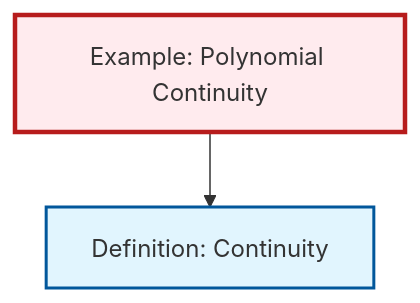
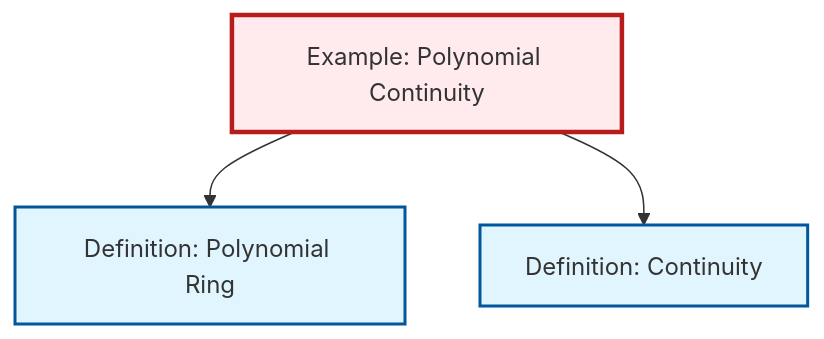
The diagram in content/en/analysis/ex-polynomial-continuity.qmd (RK0429/ModernMath), drawn with Mermaid before and after one commit. The commit also changed other lines of this file and 434 other files, not shown here.

First line of the commit message:
feat: Add polynomial ring definition with comprehensive cross-references

````diff
--- a/content/en/analysis/ex-polynomial-continuity.qmd
+++ b/content/en/analysis/ex-polynomial-continuity.qmd
@@ -56,14 +57,17 @@
 ```{mermaid}
 %%| fig-cap: "Local dependency graph"
 graph TD
     classDef definition fill:#e1f5fe,stroke:#01579b,stroke-width:2px
     classDef theorem fill:#f3e5f5,stroke:#4a148c,stroke-width:2px
     classDef axiom fill:#fff3e0,stroke:#e65100,stroke-width:2px
     classDef example fill:#e8f5e9,stroke:#1b5e20,stroke-width:2px
     classDef current fill:#ffebee,stroke:#b71c1c,stroke-width:3px
+    def-polynomial-ring["Definition: Polynomial Ring"]:::definition
+    ex-polynomial-continuity["Example: Polynomial Continuity"]:::example
     def-continuity["Definition: Continuity"]:::definition
-    ex-polynomial-continuity["Example: Polynomial Continuity"]:::example
+    ex-polynomial-continuity --> def-polynomial-ring
     ex-polynomial-continuity --> def-continuity
     class ex-polynomial-continuity current
+    click def-polynomial-ring "def-polynomial-ring.html" "Go to Polynomial Ring definition"
     click def-continuity "def-continuity.html" "Go to Continuity definition"
 ```
````
